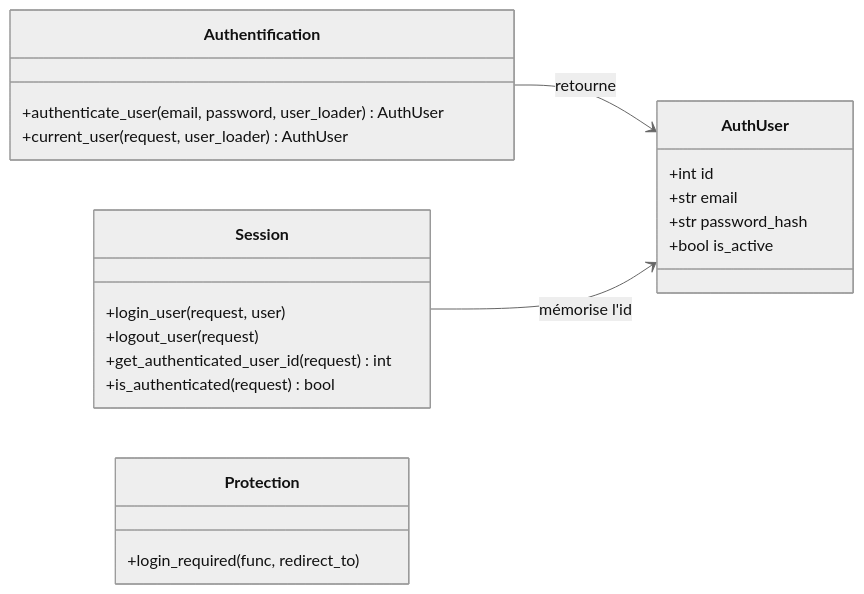
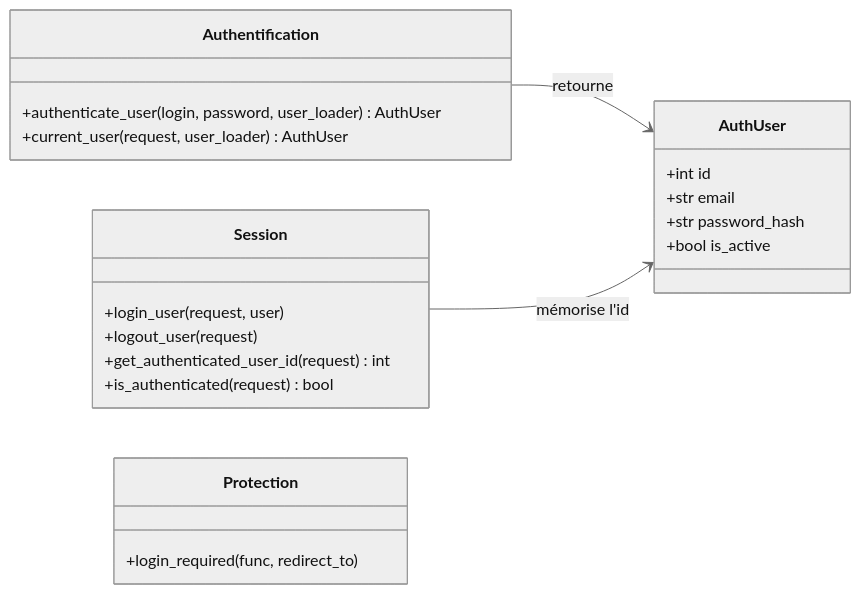
Before and after one commit to caucrogeGit/Forge: the first of 2 diagrams in core/auth/docs/session.md, drawn with Mermaid (neutral theme). The commit also changed other lines of this file and 7 other files, not shown here.

First line of the commit message:
docs(auth): aligner la documentation sur le contrat login/email (AUTH-DOC-LOGIN-CONTRACT-001)

````diff
--- a/core/auth/docs/session.md
+++ b/core/auth/docs/session.md
@@ -34,30 +34,30 @@
 ```mermaid
 classDiagram
     direction LR
 
     class Authentification {
-        +authenticate_user(email, password, user_loader) AuthUser
+        +authenticate_user(login, password, user_loader) AuthUser
         +current_user(request, user_loader) AuthUser
     }
 
     class Session {
         +login_user(request, user)
         +logout_user(request)
         +get_authenticated_user_id(request) int
         +is_authenticated(request) bool
     }
 
     class Protection {
         +login_required(func, redirect_to)
     }
 
     class AuthUser {
         +int id
         +str email
         +str password_hash
         +bool is_active
     }
 
     Authentification --> AuthUser : retourne
     Session --> AuthUser : mémorise l'id
 ```
````
